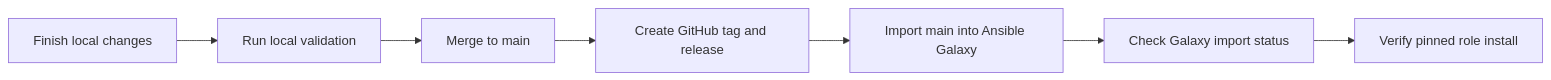
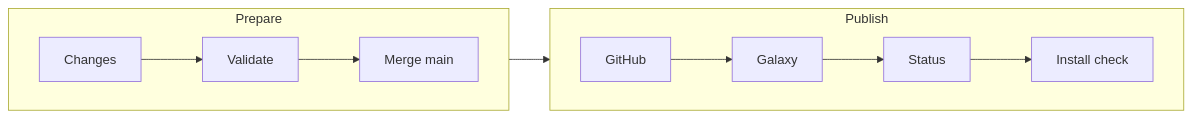
Before and after one commit to inviqa/ansible-jumpcloud: the diagram in docs/ansible-galaxy-release.md, drawn with Mermaid. The commit also changed other lines of this file and 24 other files, not shown here.

````diff
--- a/docs/ansible-galaxy-release.md
+++ b/docs/ansible-galaxy-release.md
@@ -10,9 +13,12 @@
 ```mermaid
 flowchart LR
-  A["Finish local changes"] --> B["Run local validation"]
-  B --> C["Merge to main"]
-  C --> D["Create GitHub tag and release"]
-  D --> E["Import main into Ansible Galaxy"]
-  E --> F["Check Galaxy import status"]
-  F --> G["Verify pinned role install"]
+  subgraph prepare["Prepare"]
+    direction LR
+    changes["Changes"] --> validate["Validate"] --> merge["Merge main"]
+  end
+  subgraph publish["Publish"]
+    direction LR
+    github["GitHub"] --> galaxy["Galaxy"] --> status["Status"] --> install["Install check"]
+  end
+  merge --> github
 ```
````
